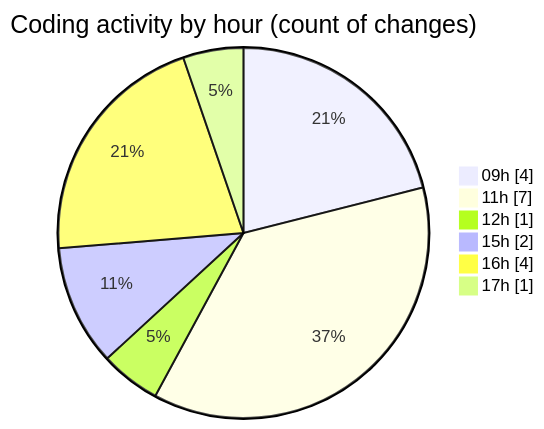
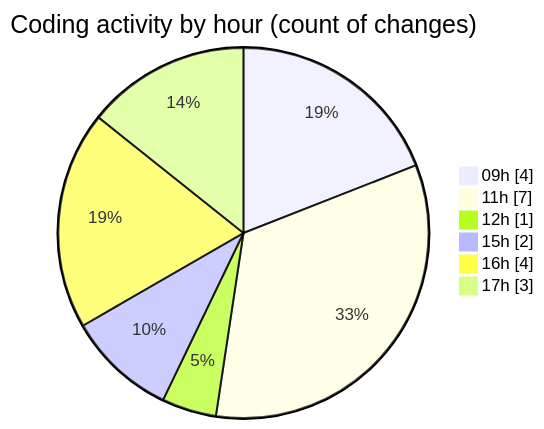
The second of 2 diagrams in 2026-03-31/cilapp/README.md (ricardozamudiocil/code-tracking), drawn with Mermaid before and after one commit. The commit also changed other lines of this file and 1 other file, not shown here.

````diff
--- a/2026-03-31/cilapp/README.md
+++ b/2026-03-31/cilapp/README.md
@@ -35,10 +35,10 @@
 ```mermaid
 pie showData
 title Coding activity by hour (count of changes)
 "09h" : 4
 "11h" : 7
 "12h" : 1
 "15h" : 2
 "16h" : 4
-"17h" : 1
+"17h" : 3
 ```
````
